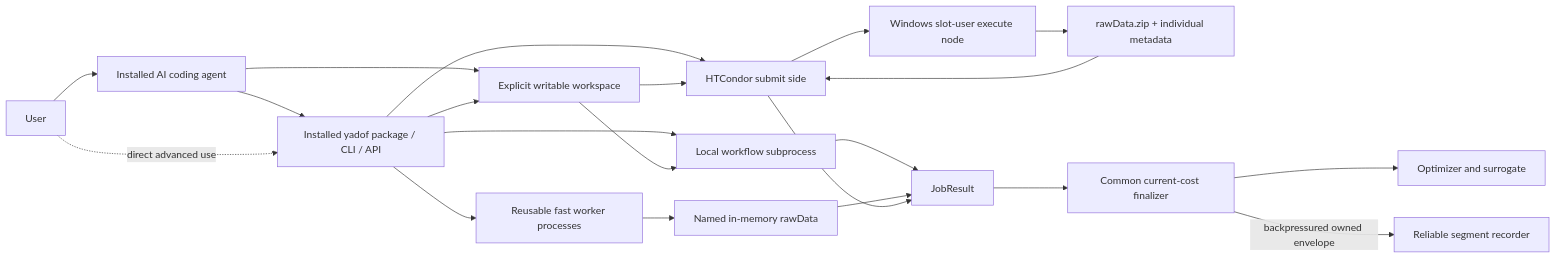
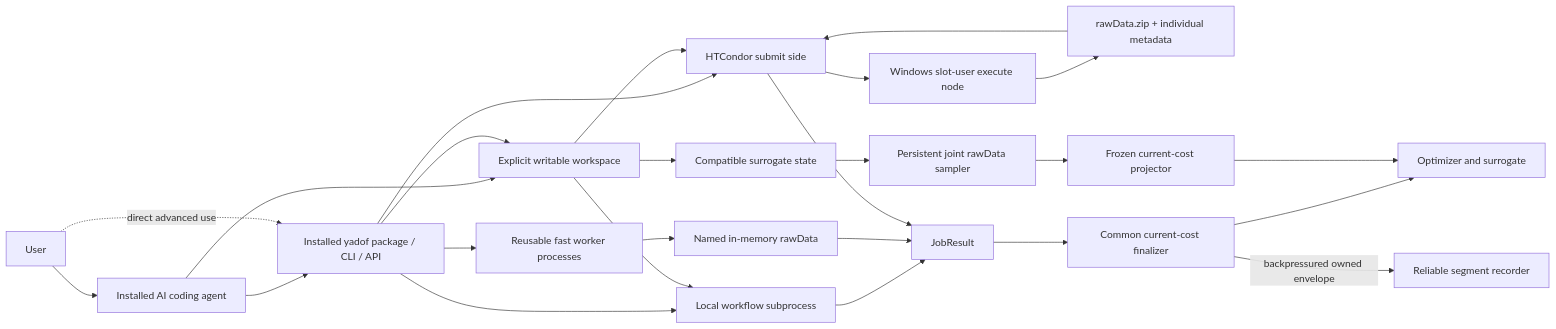
The diagram in dev_doc/architecture/c4_container.md (YS-Pan/yadof), drawn with Mermaid before and after one commit. The commit also changed other lines of this file and 35 other files, not shown here.

Commit message:
Add joint rawData posterior contract

````diff
--- a/dev_doc/architecture/c4_container.md
+++ b/dev_doc/architecture/c4_container.md
@@ -3,23 +3,27 @@
 ```mermaid
 flowchart LR
     User["User"] --> Agent["Installed AI coding agent"]
     Agent --> Package["Installed yadof package / CLI / API"]
     Agent --> Workspace["Explicit writable workspace"]
     User -. direct advanced use .-> Package
     Package --> Workspace
     Package --> Local["Local workflow subprocess"]
     Package --> Fast["Reusable fast worker processes"]
     Package --> Schedd["HTCondor submit side"]
     Schedd --> Worker["Windows slot-user execute node"]
     Workspace --> Local
     Workspace --> Schedd
     Local --> Result["JobResult"]
     Fast --> Memory["Named in-memory rawData"]
     Memory --> Result
     Worker --> Zip["rawData.zip + individual metadata"]
     Zip --> Schedd
     Schedd --> Result
     Result --> Finalizer["Common current-cost finalizer"]
     Finalizer --> Optimizer["Optimizer and surrogate"]
     Finalizer -->|backpressured owned envelope| Records["Reliable segment recorder"]
+    Workspace --> SurrogateState["Compatible surrogate state"]
+    SurrogateState --> Posterior["Persistent joint rawData sampler"]
+    Posterior --> Projector["Frozen current-cost projector"]
+    Projector --> Optimizer
 ```
````
